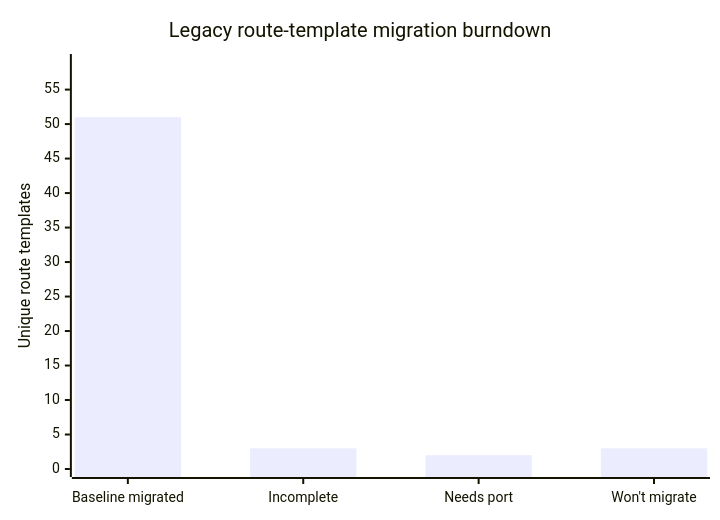
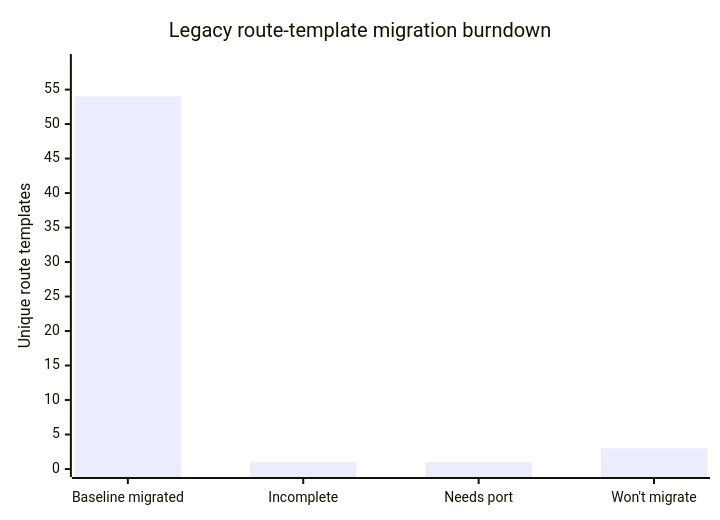
One commit to SEED-platform/seed-angular changed the diagram in MIGRATION.md. Above: the diagram before and after it, drawn with Mermaid. The commit also changed other lines of this file and 14 other files, not shown here.

````diff
--- a/MIGRATION.md
+++ b/MIGRATION.md
@@ -200,7 +197,7 @@
 ```mermaid
 xychart-beta
     title "Legacy route-template migration burndown"
     x-axis ["Baseline migrated", "Incomplete", "Needs port", "Won't migrate"]
     y-axis "Unique route templates" 0 --> 59
-    bar [51, 3, 2, 3]
+    bar [54, 1, 1, 3]
 ```
````
